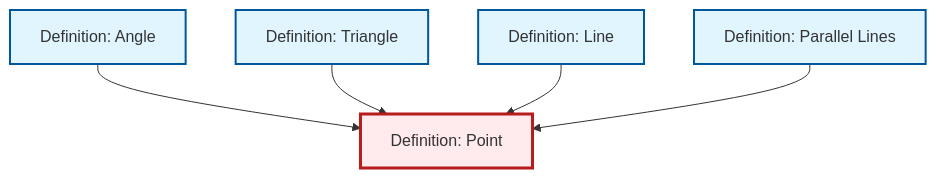
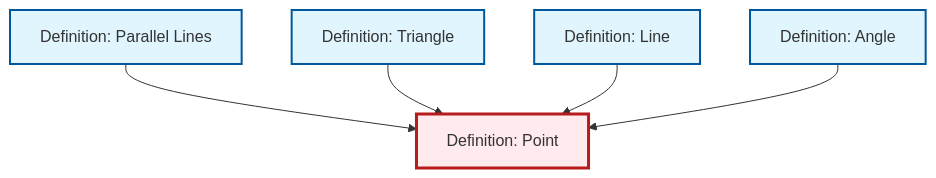
The diagram in content/ja/geometry/def-point.qmd (RK0429/ModernMath), drawn with Mermaid before and after one commit. The commit also changed other lines of this file and 597 other files, not shown here.

````diff
--- a/content/ja/geometry/def-point.qmd
+++ b/content/ja/geometry/def-point.qmd
@@ -40,23 +40,23 @@
 ```{mermaid}
 %%| fig-cap: "Local dependency graph"
 graph TD
     classDef definition fill:#e1f5fe,stroke:#01579b,stroke-width:2px
     classDef theorem fill:#f3e5f5,stroke:#4a148c,stroke-width:2px
     classDef axiom fill:#fff3e0,stroke:#e65100,stroke-width:2px
     classDef example fill:#e8f5e9,stroke:#1b5e20,stroke-width:2px
     classDef current fill:#ffebee,stroke:#b71c1c,stroke-width:3px
-    def-point["Definition: Point"]:::definition
     def-triangle["Definition: Triangle"]:::definition
     def-line["Definition: Line"]:::definition
     def-angle["Definition: Angle"]:::definition
     def-parallel["Definition: Parallel Lines"]:::definition
-    def-angle --> def-point
+    def-point["Definition: Point"]:::definition
+    def-parallel --> def-point
     def-triangle --> def-point
     def-line --> def-point
-    def-parallel --> def-point
+    def-angle --> def-point
     class def-point current
     click def-triangle "def-triangle.html" "Definition: Triangleへ"
     click def-line "def-line.html" "Definition: Lineへ"
     click def-angle "def-angle.html" "Definition: Angleへ"
     click def-parallel "def-parallel.html" "Definition: Parallel Linesへ"
 ```
````
